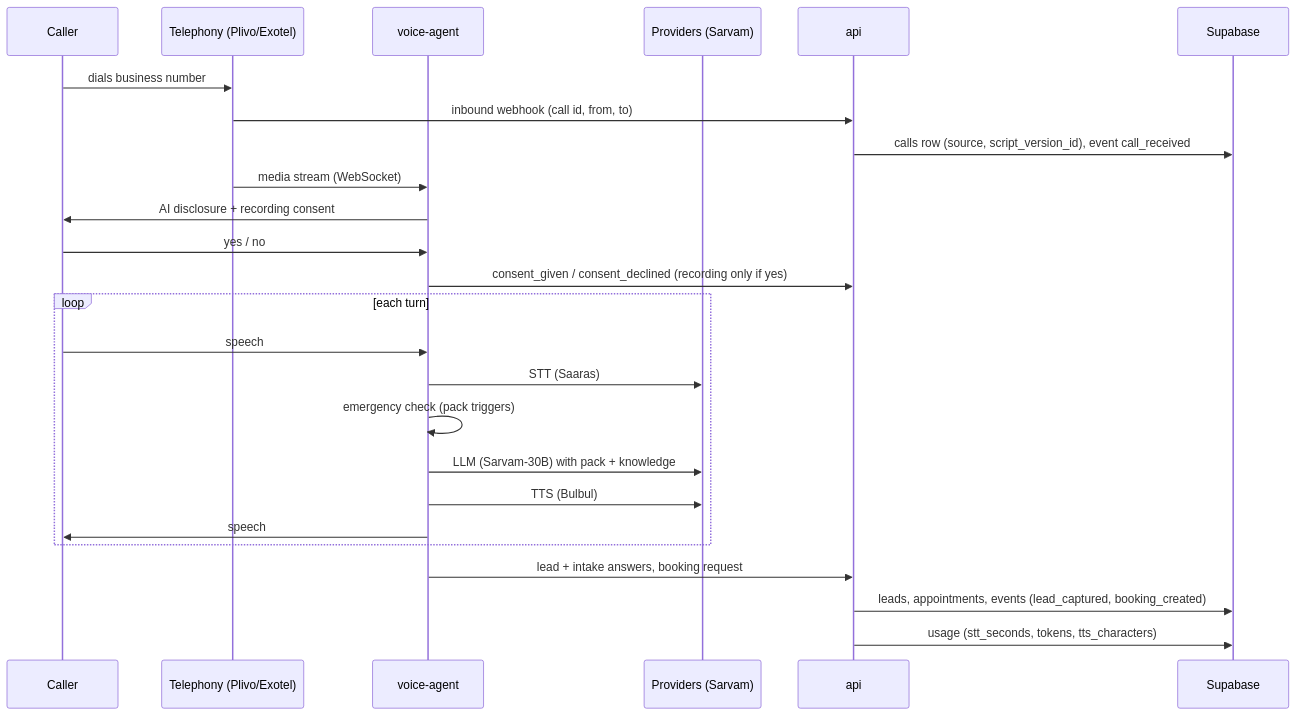
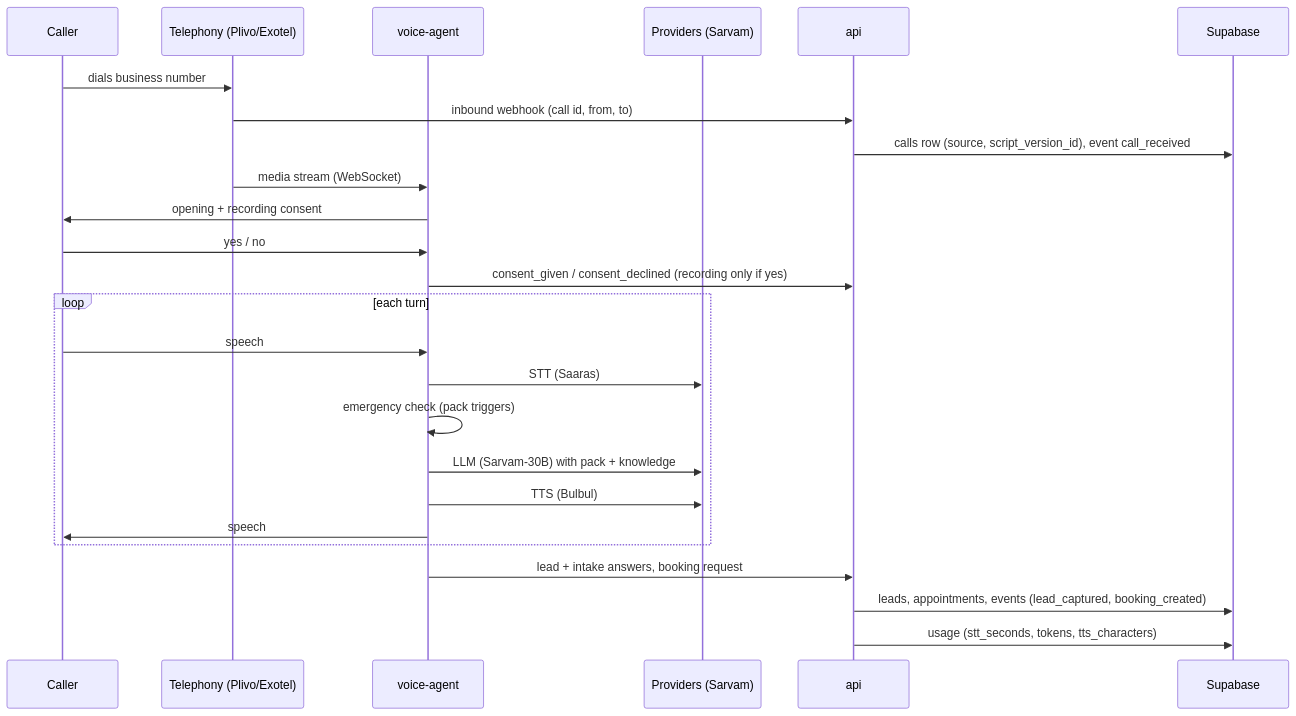
One commit to Monica2405/SalesBot changed the diagram in docs/ARCHITECTURE.md. Above: the diagram before and after it, drawn with Mermaid. The commit also changed 3 other files, not shown here.

````diff
--- a/docs/ARCHITECTURE.md
+++ b/docs/ARCHITECTURE.md
@@ -16,28 +16,28 @@
 ```mermaid
 sequenceDiagram
     participant C as Caller
     participant T as Telephony (Plivo/Exotel)
     participant A as voice-agent
     participant P as Providers (Sarvam)
     participant API as api
     participant DB as Supabase
 
     C->>T: dials business number
     T->>API: inbound webhook (call id, from, to)
     API->>DB: calls row (source, script_version_id), event call_received
     T->>A: media stream (WebSocket)
-    A->>C: AI disclosure + recording consent
+    A->>C: opening + recording consent
     C->>A: yes / no
     A->>API: consent_given / consent_declined (recording only if yes)
     loop each turn
         C->>A: speech
         A->>P: STT (Saaras)
         A->>A: emergency check (pack triggers)
         A->>P: LLM (Sarvam-30B) with pack + knowledge
         A->>P: TTS (Bulbul)
         A->>C: speech
     end
     A->>API: lead + intake answers, booking request
     API->>DB: leads, appointments, events (lead_captured, booking_created)
     API->>DB: usage (stt_seconds, tokens, tts_characters)
 ```
````
